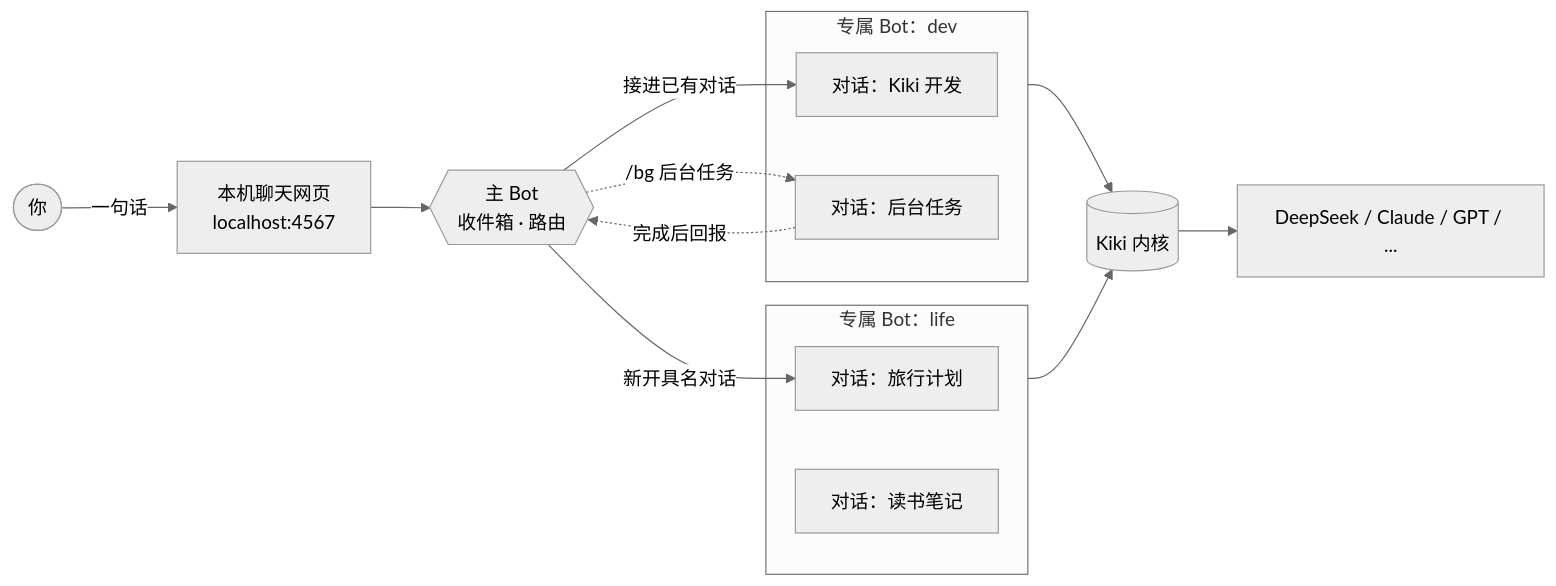
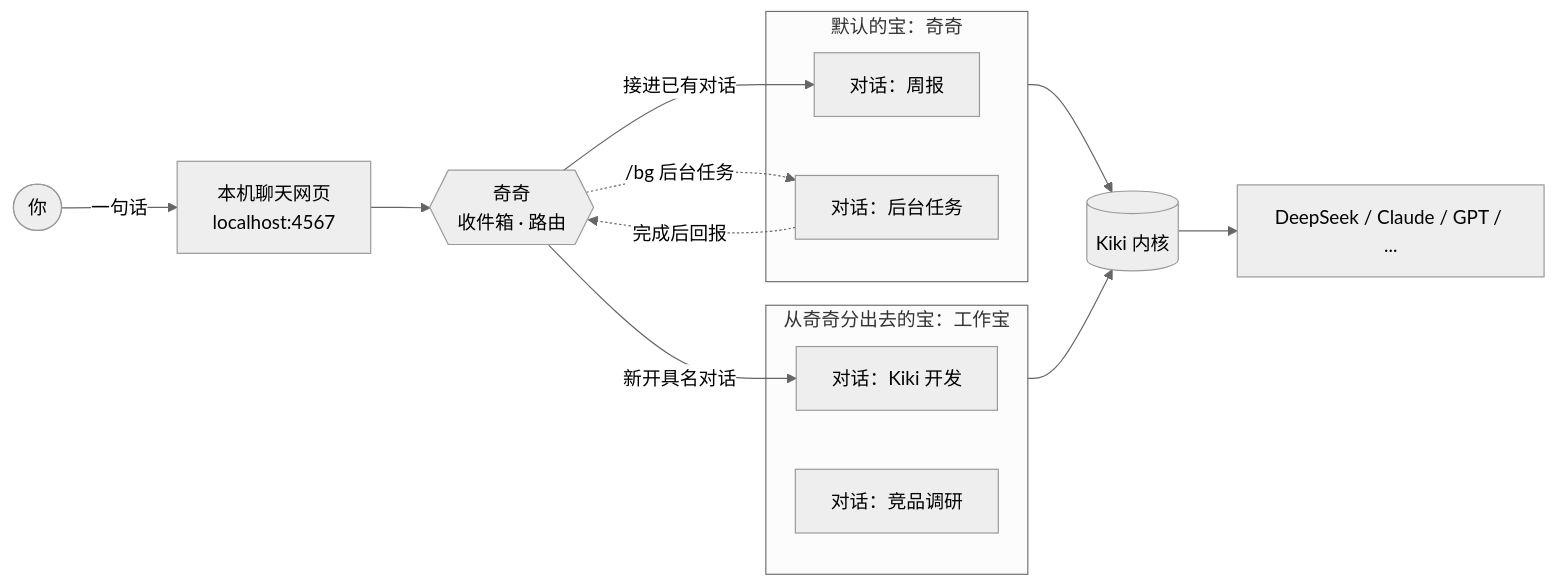
One commit to lkyxuan/kiki changed the diagram in README.md. Above: the diagram before and after it, drawn with Mermaid (neutral theme). The commit also changed other lines of this file and 14 other files, not shown here.

Commit message:
Keep Qiqi as the only default bot; archive dev/life; release v0.2.7 (#25)

````diff
--- a/README.md
+++ b/README.md
@@ -59,21 +59,21 @@
 ```mermaid
 flowchart LR
     U([你]) -->|一句话| W[本机聊天网页<br/>localhost:4567]
-    W --> M{{主 Bot<br/>收件箱 · 路由}}
+    W --> M{{奇奇<br/>收件箱 · 路由}}
     M -->|接进已有对话| S1
     M -->|新开具名对话| S3
     M -.->|/bg 后台任务| S2
 
-    subgraph DEV[专属 Bot：dev]
-        S1[对话：Kiki 开发]
+    subgraph DEV[默认的宝：奇奇]
+        S1[对话：周报]
         S2[对话：后台任务]
     end
-    subgraph LIFE[专属 Bot：life]
-        S3[对话：旅行计划]
-        S4[对话：读书笔记]
+    subgraph LIFE[从奇奇分出去的宝：工作宝]
+        S3[对话：Kiki 开发]
+        S4[对话：竞品调研]
     end
 
     DEV & LIFE --> PI[(Kiki 内核)]
     PI --> LLM[DeepSeek / Claude / GPT / ...]
     S2 -.->|完成后回报| M
 ```
````
